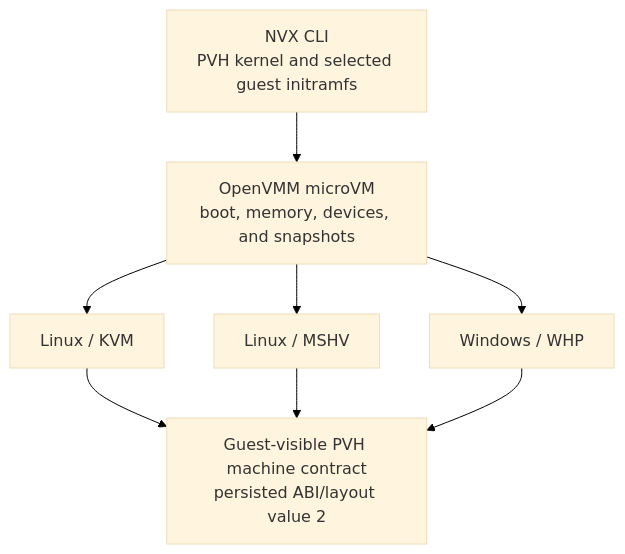
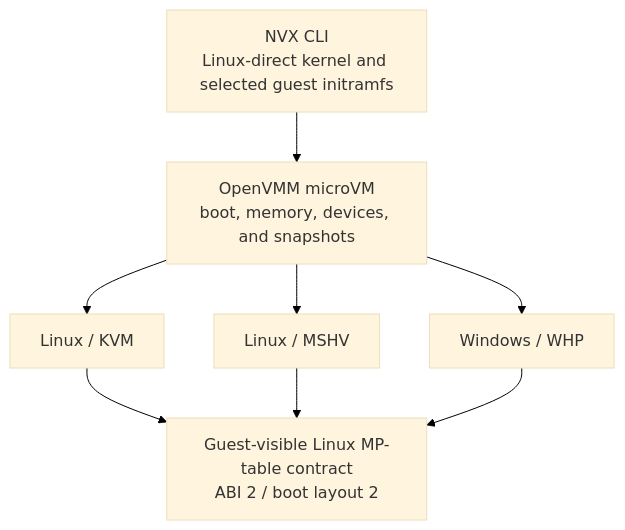
Before and after one commit to microsoft/nvx: the diagram in doc/design/goals.md, drawn with Mermaid. The commit also changed other lines of this file and 26 other files, not shown here.

First line of the commit message:
microvm: integrate MP-table boot and restore

````diff
--- a/doc/design/goals.md
+++ b/doc/design/goals.md
@@ -27,18 +27,18 @@
 ```mermaid
 %%{init: {"theme": "base", "themeVariables": {"background": "#ffffff"}}}%%
 flowchart TB
-   Inputs["NVX CLI<br/>PVH kernel and selected guest initramfs"]
+   Inputs["NVX CLI<br/>Linux-direct kernel and selected guest initramfs"]
    Profile["OpenVMM microVM<br/>boot, memory, devices, and snapshots"]
    Kvm["Linux / KVM"]
    Mshv["Linux / MSHV"]
    Whp["Windows / WHP"]
-   Contract["Guest-visible PVH machine contract<br/>persisted ABI/layout value 2"]
+   Contract["Guest-visible Linux MP-table contract<br/>ABI 2 / boot layout 2"]
 
    Inputs --> Profile
    Profile --> Kvm
    Profile --> Mshv
    Profile --> Whp
    Kvm --> Contract
    Mshv --> Contract
    Whp --> Contract
 ```
````
